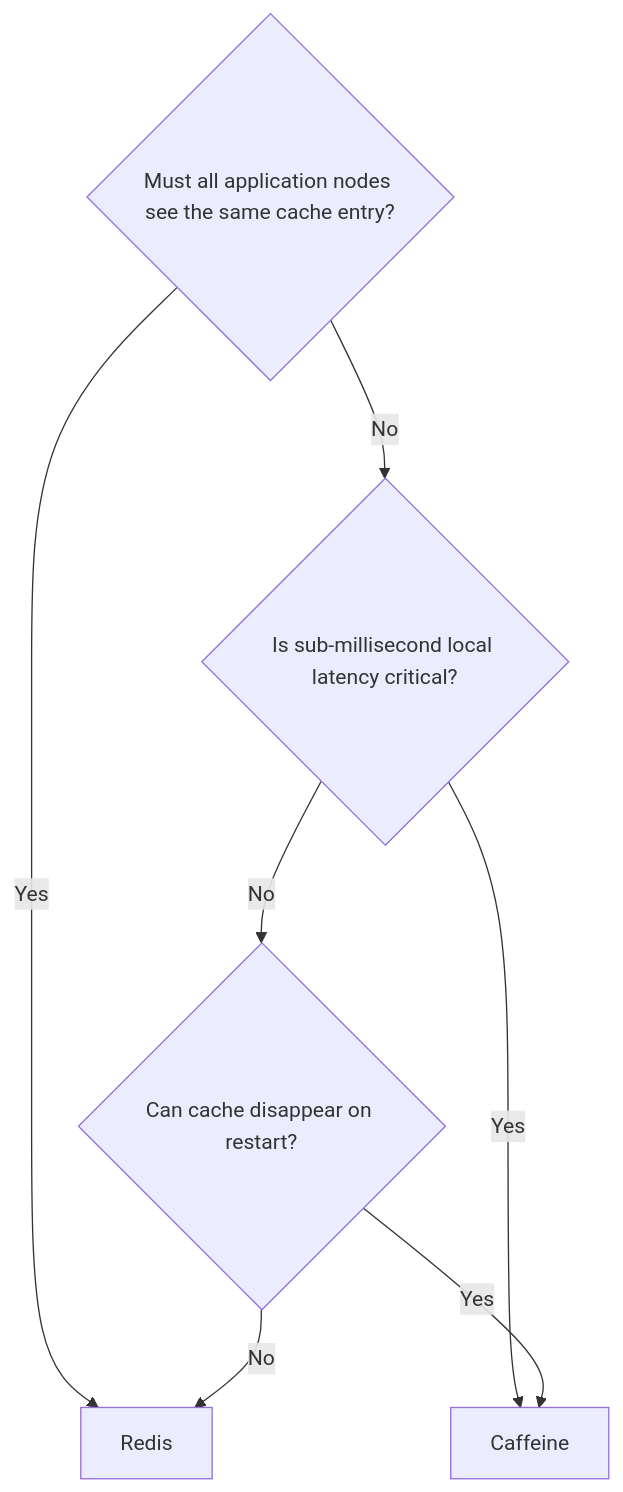
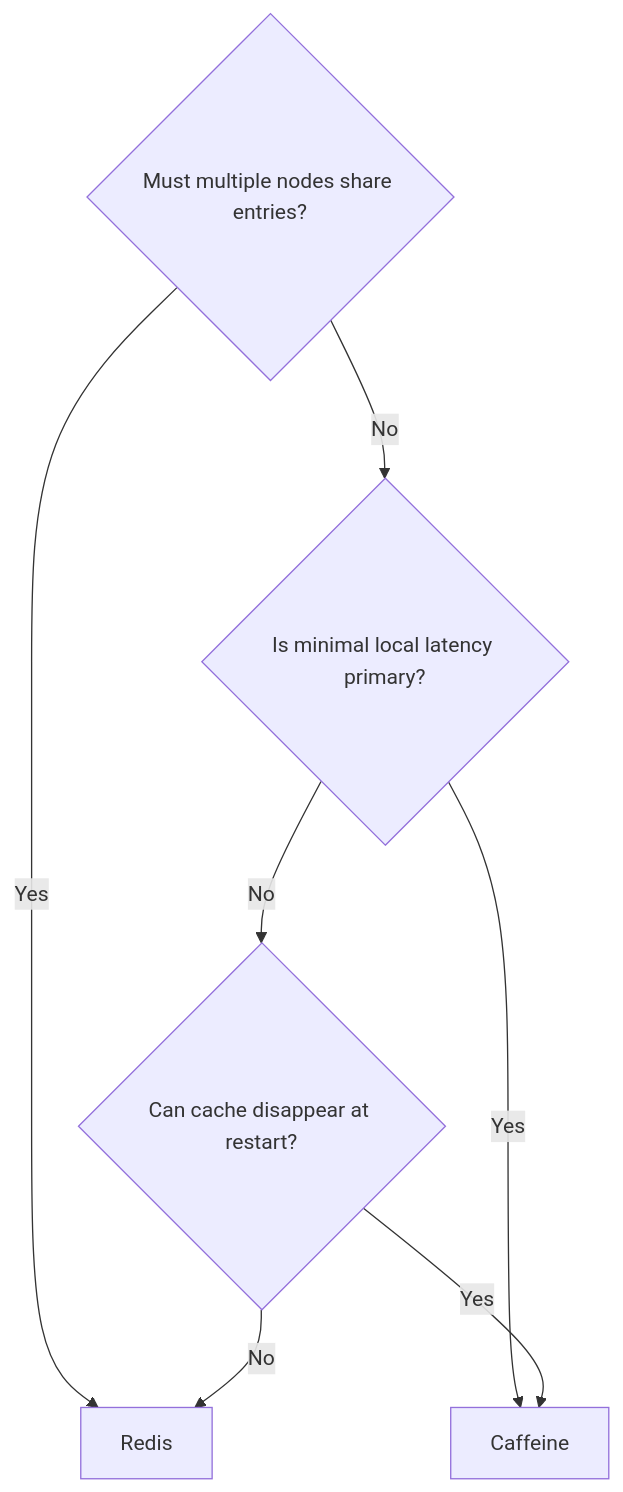
The second of 3 diagrams in 10_CONCEPTS/Spring/Cache/Spring Cache with Caffeine and Redis.md (alimbetov/obsidian), drawn with Mermaid before and after one commit. The commit also changed other lines of this file, not shown here.

Commit message:
Correct and strengthen Spring cache semantics

````diff
--- a/10_CONCEPTS/Spring/Cache/Spring Cache with Caffeine and Redis.md
+++ b/10_CONCEPTS/Spring/Cache/Spring Cache with Caffeine and Redis.md
@@ -739,9 +847,9 @@
 ```mermaid
 flowchart TD
-    A{Must all application nodes see the same cache entry?} -->|Yes| R[Redis]
-    A -->|No| B{Is sub-millisecond local latency critical?}
+    A{Must multiple nodes share entries?} -->|Yes| R[Redis]
+    A -->|No| B{Is minimal local latency primary?}
     B -->|Yes| C[Caffeine]
-    B -->|No| D{Can cache disappear on restart?}
+    B -->|No| D{Can cache disappear at restart?}
     D -->|Yes| C
     D -->|No| R
 ```
````
